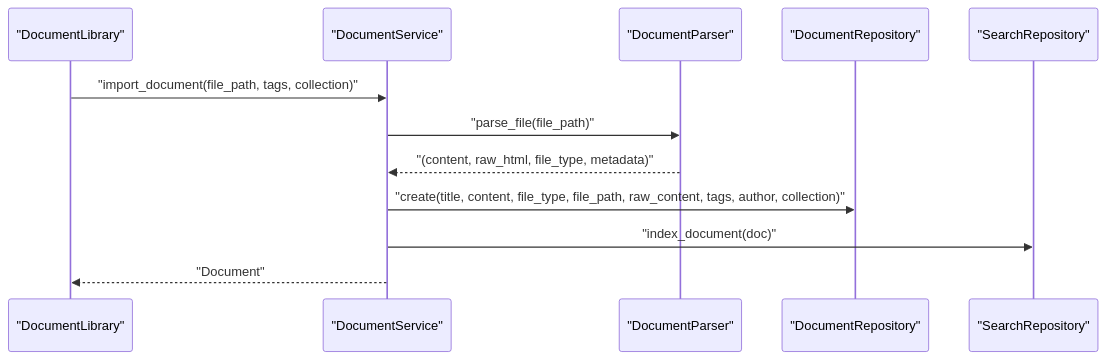
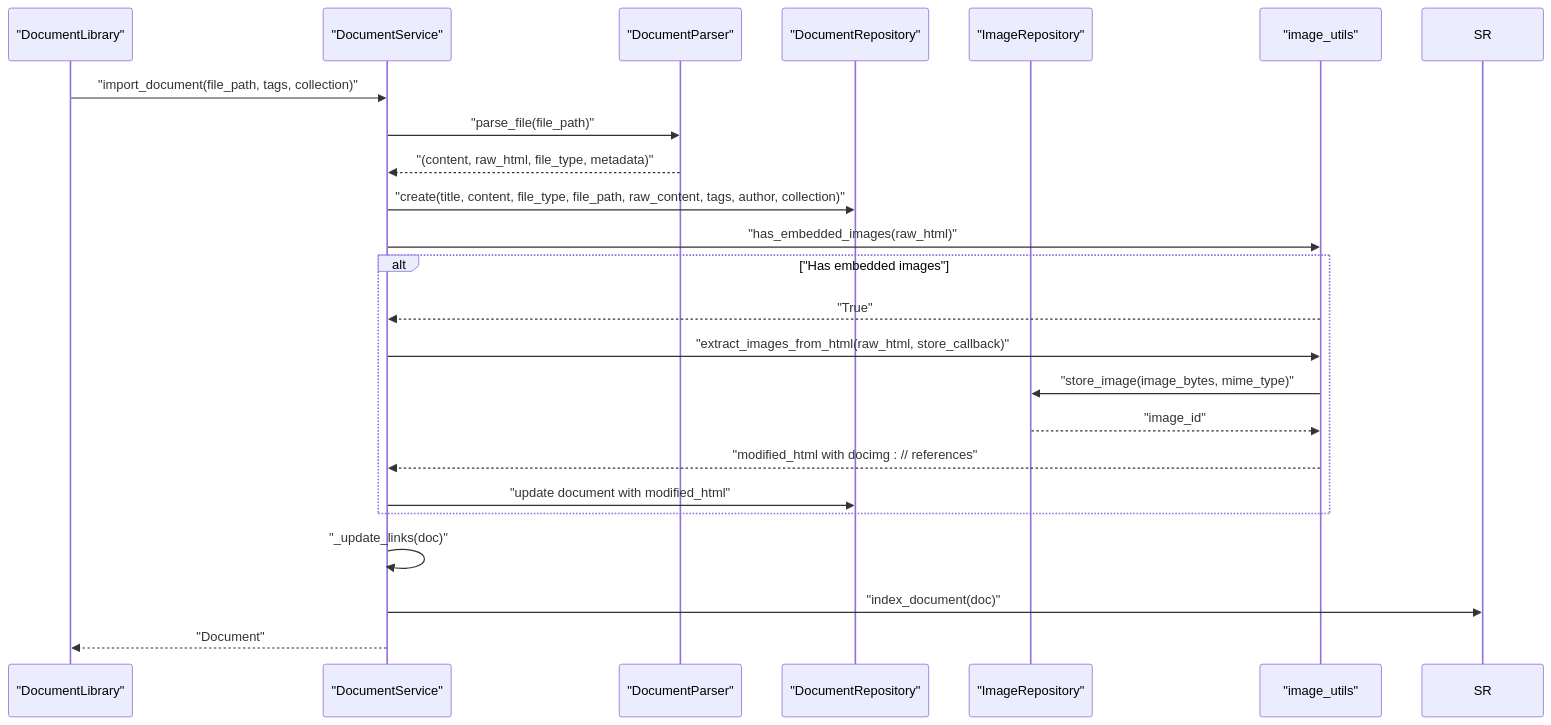
Before and after one commit to TheDaniel166/IsopGem: the tenth of 12 diagrams in .qoder/repowiki/en/content/Architecture Overview/Pillar-Based Architecture/Document Manager Pillar/Document Editing System.md, drawn with Mermaid. The commit also changed other lines of this file and 36 other files, not shown here.

````diff
--- a/.qoder/repowiki/en/content/Architecture Overview/Pillar-Based Architecture/Document Manager Pillar/Document Editing System.md
+++ b/.qoder/repowiki/en/content/Architecture Overview/Pillar-Based Architecture/Document Manager Pillar/Document Editing System.md
@@ -452,14 +512,25 @@
 ```mermaid
 sequenceDiagram
 participant UI as "DocumentLibrary"
 participant DS as "DocumentService"
 participant PARS as "DocumentParser"
 participant DR as "DocumentRepository"
-participant SR as "SearchRepository"
+participant IR as "ImageRepository"
+participant IU as "image_utils"
 UI->>DS : "import_document(file_path, tags, collection)"
 DS->>PARS : "parse_file(file_path)"
 PARS-->>DS : "(content, raw_html, file_type, metadata)"
 DS->>DR : "create(title, content, file_type, file_path, raw_content, tags, author, collection)"
+DS->>IU : "has_embedded_images(raw_html)"
+alt "Has embedded images"
+IU-->>DS : "True"
+DS->>IU : "extract_images_from_html(raw_html, store_callback)"
+IU->>IR : "store_image(image_bytes, mime_type)"
+IR-->>IU : "image_id"
+IU-->>DS : "modified_html with docimg : // references"
+DS->>DR : "update document with modified_html"
+end
+DS->>DS : "_update_links(doc)"
 DS->>SR : "index_document(doc)"
 DS-->>UI : "Document"
 ```
````
